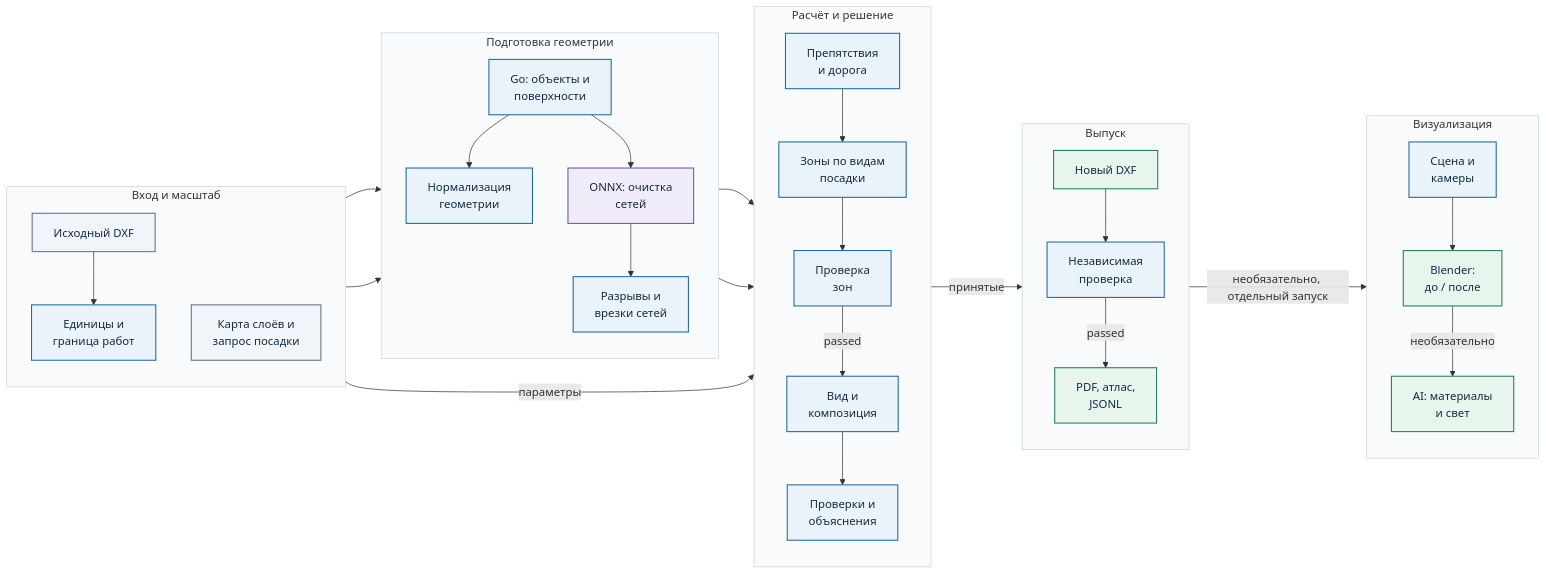
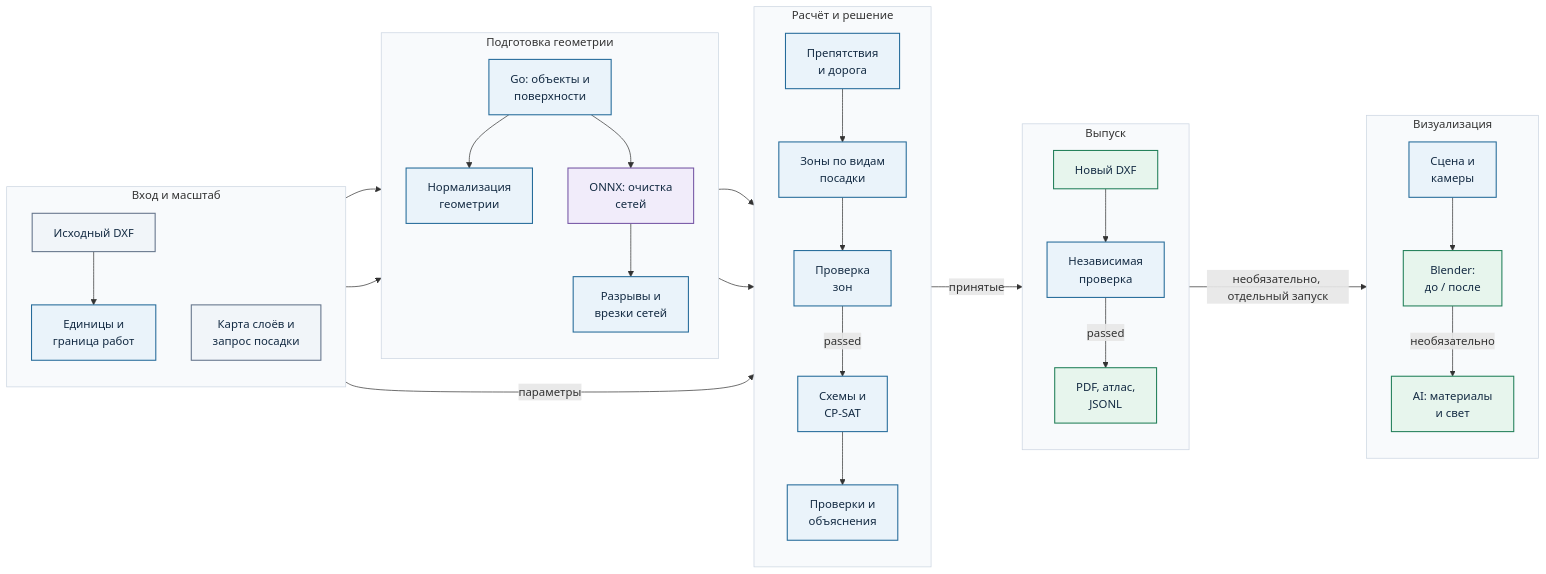
One commit to Postman33/GreenAI changed the second of 6 diagrams in docs/for_organizers.md. Above: the diagram before and after it, drawn with Mermaid. The commit also changed other lines of this file and 15 other files, not shown here.

```diff
--- a/docs/for_organizers.md
+++ b/docs/for_organizers.md
@@ -135,7 +137,7 @@
         constraints["Препятствия<br/>и дорога"]
         zones["Зоны по видам<br/>посадки"]
         zone_verify["Проверка<br/>зон"]
-        plan["Вид и<br/>композиция"]
+        plan["Схемы и<br/>CP-SAT"]
         checks["Проверки и<br/>объяснения"]
     end
     subgraph release["Выпуск"]
```
